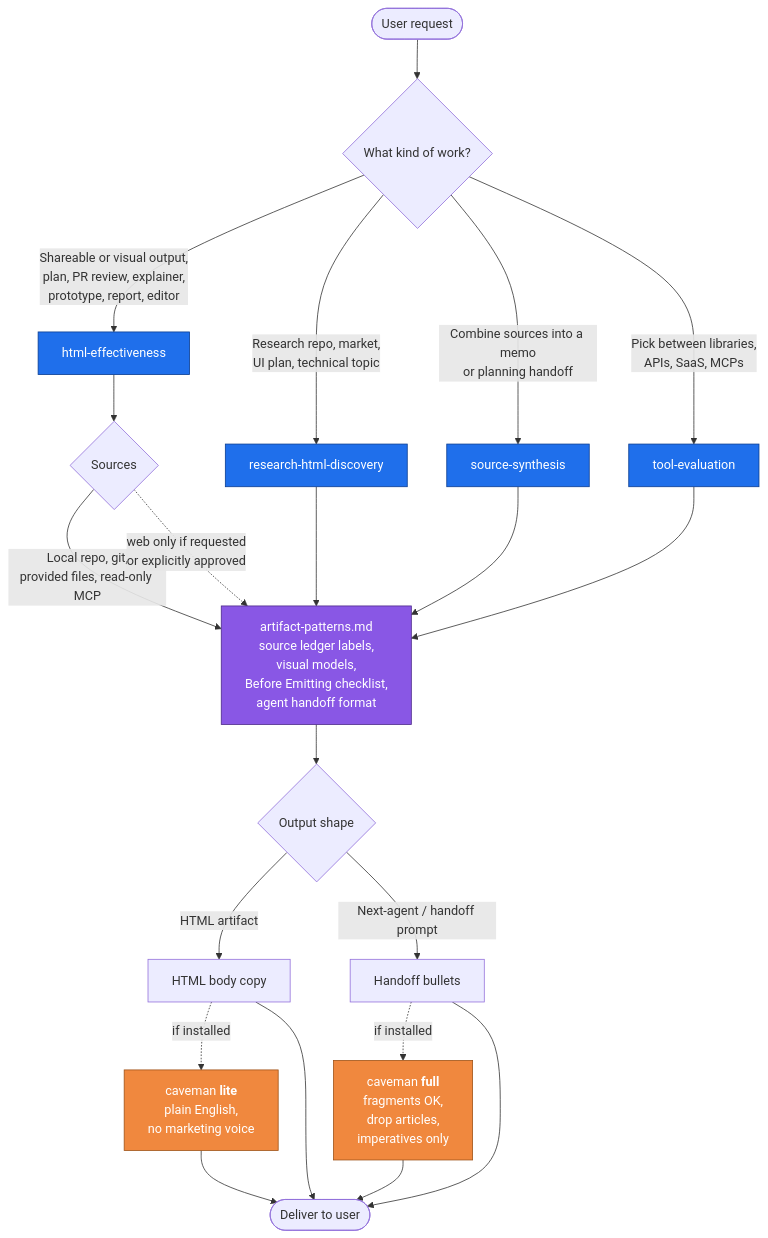
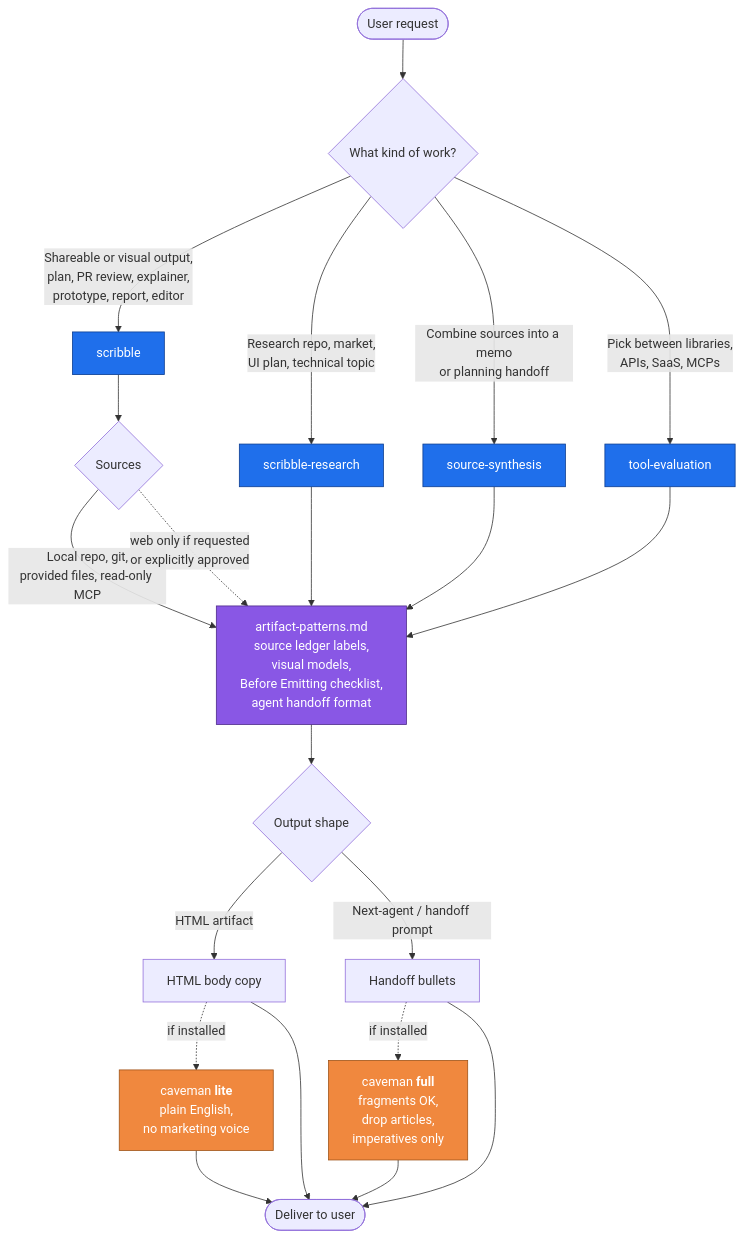
Before and after one commit to thisguymartin/scribble: the diagram in README.md, drawn with Mermaid. The commit also changed other lines of this file and 18 other files, not shown here.

````diff
--- a/README.md
+++ b/README.md
@@ -51,35 +51,35 @@
 ```mermaid
 flowchart TD
     U([User request]) --> R{What kind of work?}
 
-    R -->|Shareable or visual output,<br/>plan, PR review, explainer,<br/>prototype, report, editor| HE[html-effectiveness]
-    R -->|Research repo, market,<br/>UI plan, technical topic| RHD[research-html-discovery]
+    R -->|Shareable or visual output,<br/>plan, PR review, explainer,<br/>prototype, report, editor| HE[scribble]
+    R -->|Research repo, market,<br/>UI plan, technical topic| RHD[scribble-research]
     R -->|Combine sources into a memo<br/>or planning handoff| SS[source-synthesis]
     R -->|Pick between libraries,<br/>APIs, SaaS, MCPs| TE[tool-evaluation]
 
     HE --> SRC{Sources}
     SRC -->|Local repo, git,<br/>provided files, read-only MCP| AP[artifact-patterns.md<br/>source ledger labels,<br/>visual models,<br/>Before Emitting checklist,<br/>agent handoff format]
     SRC -. web only if requested<br/>or explicitly approved .-> AP
     RHD --> AP[artifact-patterns.md<br/>source ledger labels,<br/>visual models,<br/>Before Emitting checklist,<br/>agent handoff format]
     SS --> AP
     TE --> AP
 
     AP --> OUT{Output shape}
     OUT -->|HTML artifact| HTML[HTML body copy]
     OUT -->|Next-agent / handoff prompt| HAND[Handoff bullets]
 
     HTML -.if installed.-> CMLITE[caveman <b>lite</b><br/>plain English,<br/>no marketing voice]
     HAND -.if installed.-> CMFULL[caveman <b>full</b><br/>fragments OK,<br/>drop articles,<br/>imperatives only]
 
     CMLITE --> DELIVER([Deliver to user])
     CMFULL --> DELIVER
     HTML --> DELIVER
     HAND --> DELIVER
 
     classDef skill fill:#1f6feb,stroke:#0b3d91,color:#fff;
     classDef shared fill:#8957e5,stroke:#4c2889,color:#fff;
     classDef caveman fill:#f0883e,stroke:#9e5217,color:#fff;
     class HE,RHD,SS,TE skill;
     class AP shared;
     class CMLITE,CMFULL caveman;
 ```
````
